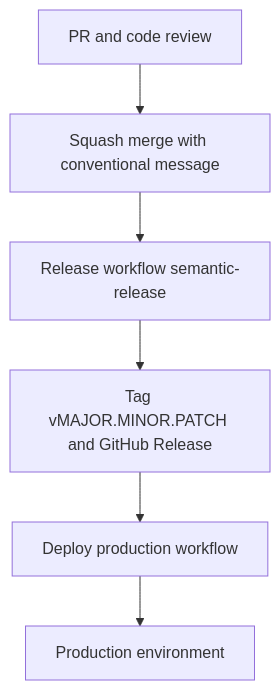
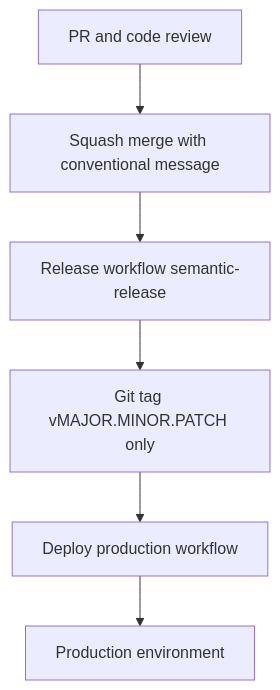
Before and after one commit to TejasCoditas/cicd-calculator-app: the diagram in docs/release-cicd-senior-brief.md, drawn with Mermaid. The commit also changed other lines of this file and 6 other files, not shown here.

````diff
--- a/docs/release-cicd-senior-brief.md
+++ b/docs/release-cicd-senior-brief.md
@@ -23,15 +24,15 @@
 ```mermaid
 flowchart TD
   pr[PR and code review]
   merge[Squash merge with conventional message]
   rel[Release workflow semantic-release]
-  tag[Tag vMAJOR.MINOR.PATCH and GitHub Release]
+  tag[Git tag vMAJOR.MINOR.PATCH only]
   dep[Deploy production workflow]
   prod[Production environment]
 
   pr --> merge
   merge --> rel
   rel --> tag
   tag --> dep
   dep --> prod
 ```
````
